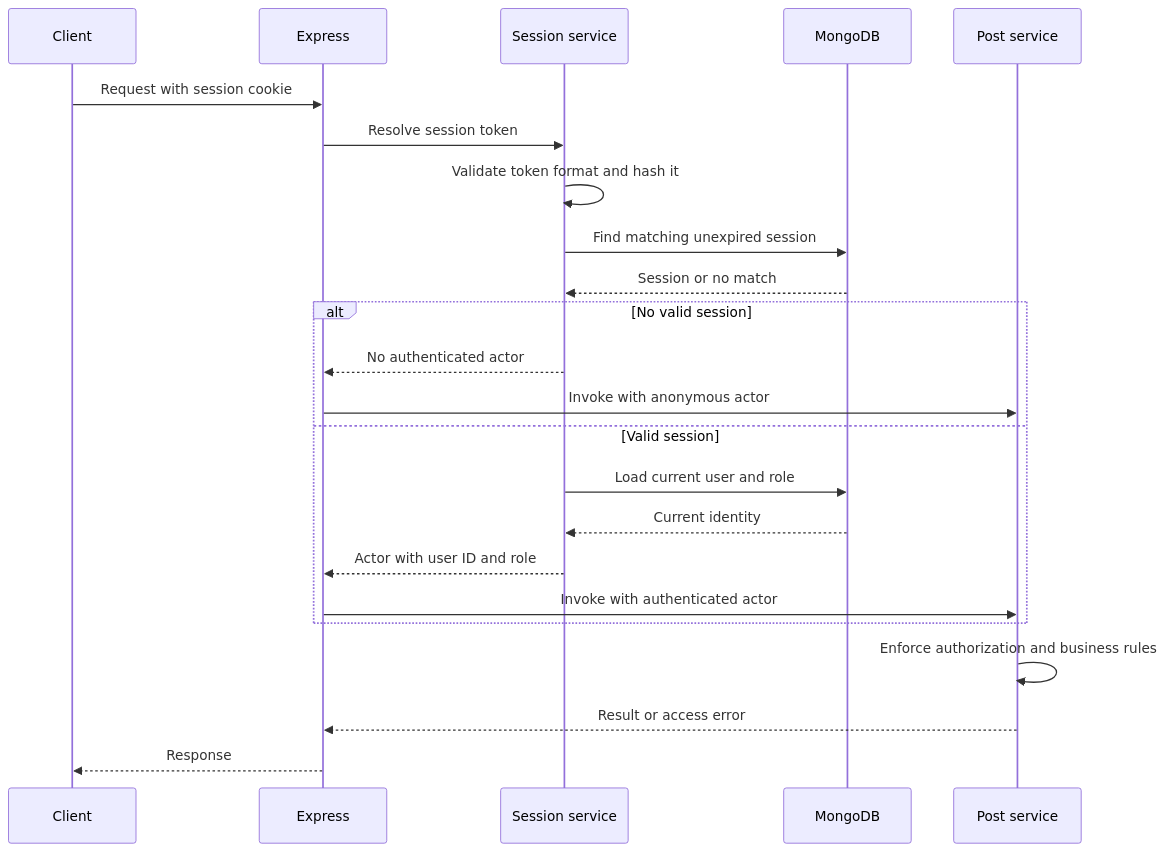
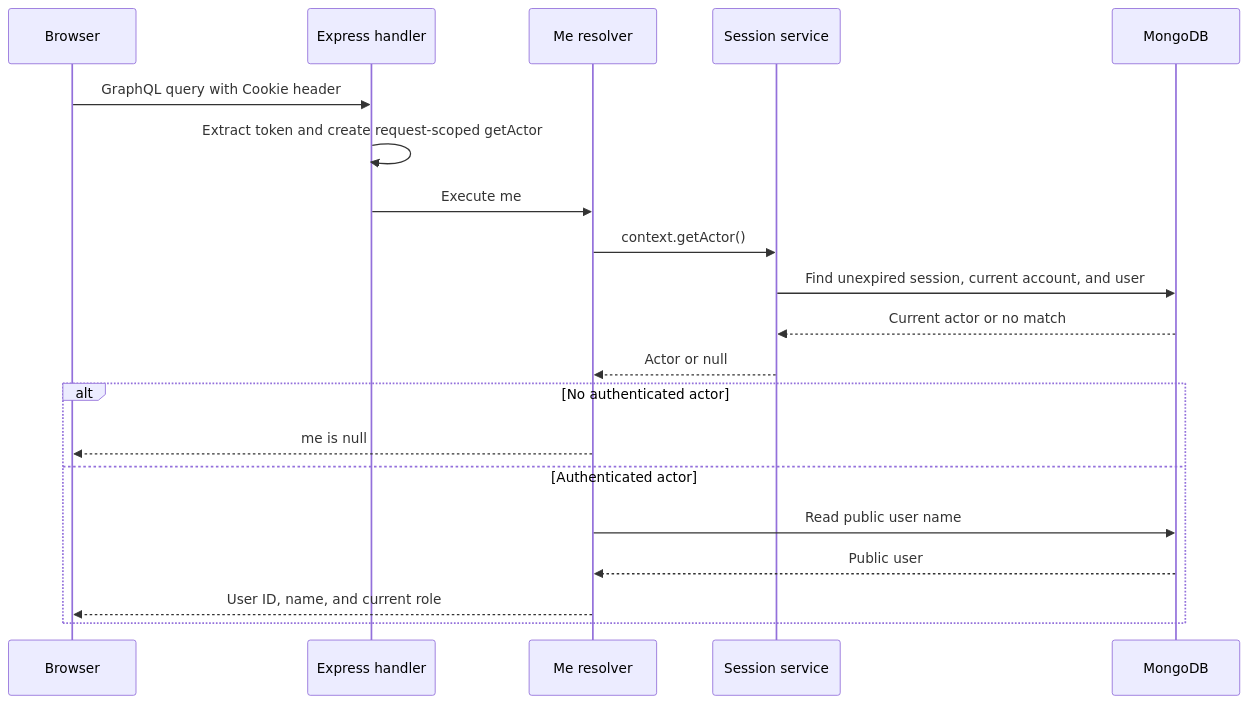
The second of 3 diagrams in docs/authentication/README.md (aruprakshit/GraphQL-Engineering-Lab), drawn with Mermaid before and after one commit. The commit also changed other lines of this file and 3 other files, not shown here.

Commit message:
Document implemented GraphQL session authentication flows

````diff
--- a/docs/authentication/README.md
+++ b/docs/authentication/README.md
@@ -160,28 +132,23 @@
 ```mermaid
 sequenceDiagram
-    participant C as Client
-    participant E as Express
+    participant C as Browser
+    participant E as Express handler
+    participant R as Me resolver
     participant S as Session service
     participant D as MongoDB
-    participant P as Post service
 
-    C->>E: Request with session cookie
-    E->>S: Resolve session token
-    S->>S: Validate token format and hash it
-    S->>D: Find matching unexpired session
-    D-->>S: Session or no match
-
-    alt No valid session
-        S-->>E: No authenticated actor
-        E->>P: Invoke with anonymous actor
-    else Valid session
-        S->>D: Load current user and role
-        D-->>S: Current identity
-        S-->>E: Actor with user ID and role
-        E->>P: Invoke with authenticated actor
+    C->>E: GraphQL query with Cookie header
+    E->>E: Extract token and create request-scoped getActor
+    E->>R: Execute me
+    R->>S: context.getActor()
+    S->>D: Find unexpired session, current account, and user
+    D-->>S: Current actor or no match
+    S-->>R: Actor or null
+    alt No authenticated actor
+        R-->>C: me is null
+    else Authenticated actor
+        R->>D: Read public user name
+        D-->>R: Public user
+        R-->>C: User ID, name, and current role
     end
-
-    P->>P: Enforce authorization and business rules
-    P-->>E: Result or access error
-    E-->>C: Response
 ```
````
